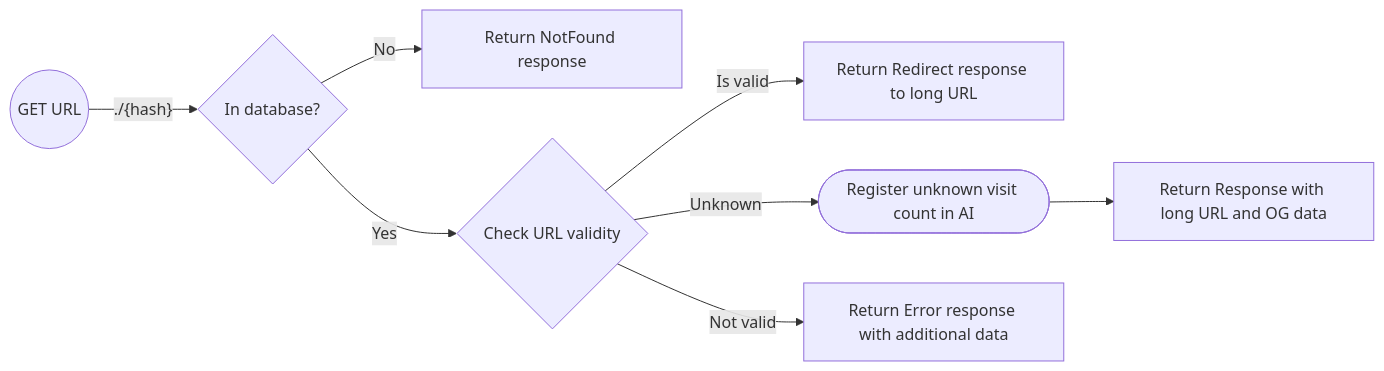
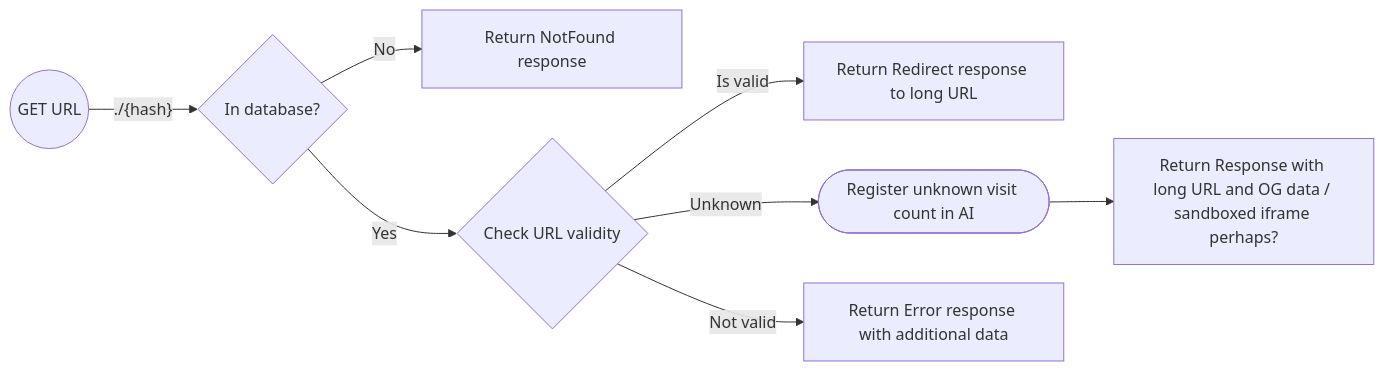
One commit to Marvin-Brouwer/SecureUrlManager changed the diagram in docs/user-journeys/2-visit-url.md. Above: the diagram before and after it, drawn with Mermaid. The commit also changed other lines of this file and 6 other files, not shown here.

````diff
--- a/docs/user-journeys/2-visit-url.md
+++ b/docs/user-journeys/2-visit-url.md
@@ -18,13 +18,13 @@
 ```mermaid
 graph LR
     Visit(( GET URL )) --> |"./{hash}"| Visit_ExistingUrl
 
     Visit_ExistingUrl{In database?}
     Visit_ExistingUrl --> |No| Visit_ReturnNotFound[Return NotFound response]
     Visit_ExistingUrl --> |Yes| Visit_Validate
 
     Visit_Validate{Check URL validity}
     Visit_Validate --> |Is valid| Visit_ReturnRedirectResponse[Return Redirect response to long URL]
-    Visit_Validate --> |Unknown| Visit_RegisterUnknownVisit([ Register unknown visit count in AI ]) --> ReturnPreviewResponse[Return Response with long URL and OG data]
+    Visit_Validate --> |Unknown| Visit_RegisterUnknownVisit([ Register unknown visit count in AI ]) --> ReturnPreviewResponse["`Return Response with long URL and OG data / sandboxed iframe perhaps?`"]
     Visit_Validate --> |Not valid| Visit_ReturnError[Return Error response with additional data]
 ```
````
